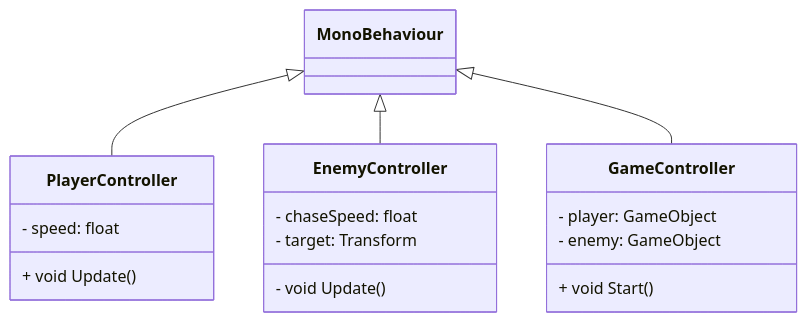
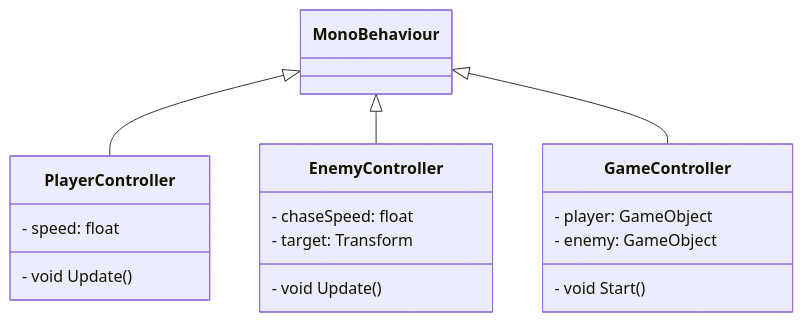
One commit to 4ahmns-sosem-2324/05-Mermaid-MGA changed the diagram in README.md. Above: the diagram before and after it, drawn with Mermaid.

````diff
--- a/README.md
+++ b/README.md
@@ -3,20 +3,20 @@
 ```mermaid
 classDiagram
     MonoBehaviour <|-- PlayerController
     MonoBehaviour <|-- EnemyController
     MonoBehaviour <|-- GameController
     class GameController {
         - player: GameObject
         -  enemy: GameObject
-        + void Start()
+        - void Start()
     }
     class PlayerController {
         - speed: float 
-        + void Update()
+        - void Update()
     }
     class EnemyController {
         - chaseSpeed: float 
         - target: Transform 
         - void Update()
     }
 ```
````
